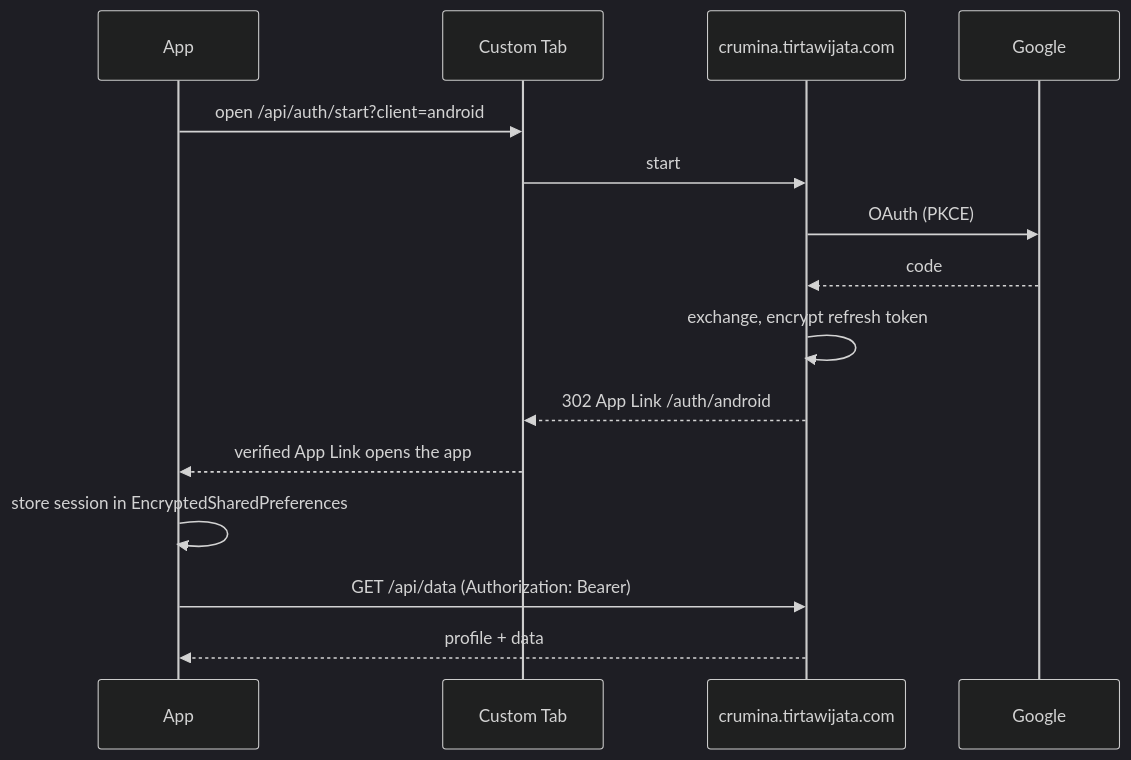
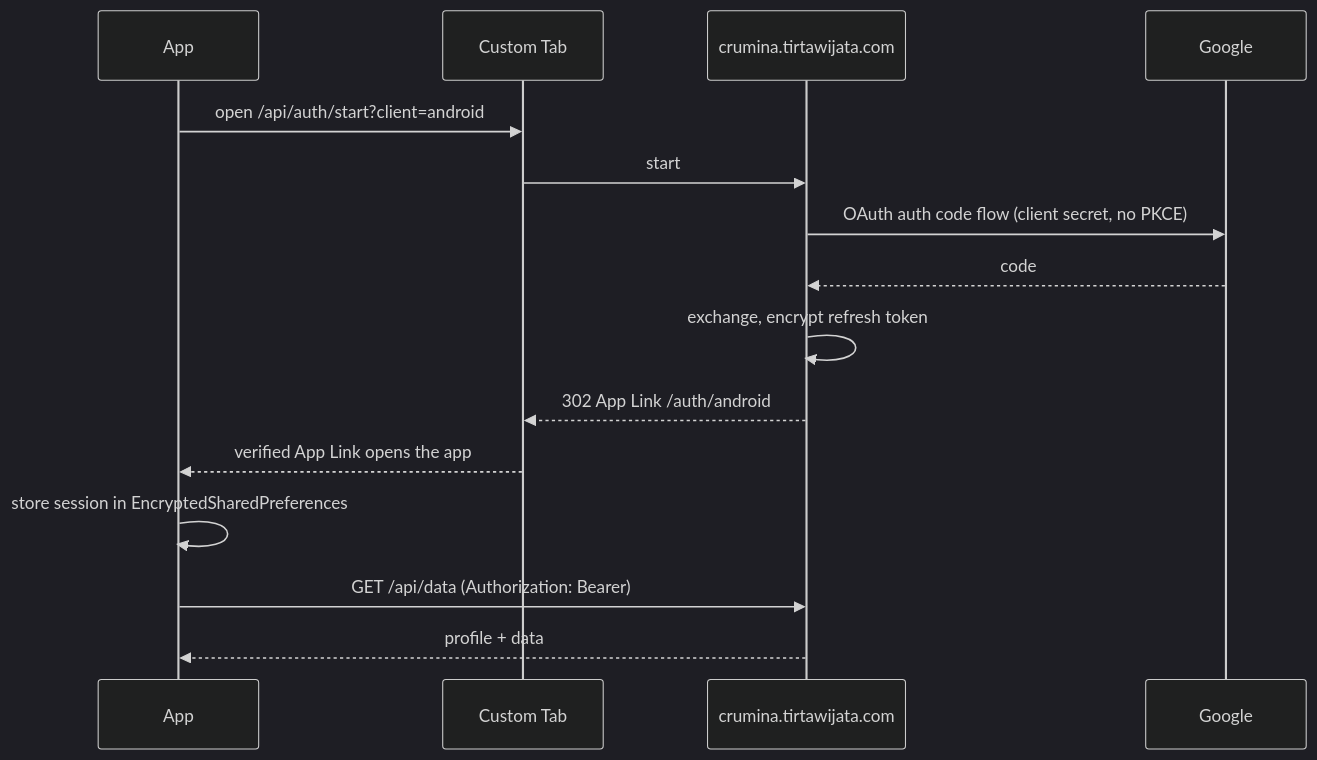
One commit to Marcel-Bonifacio/crumina-finance changed the second of 2 diagrams in docs/ANDROID.md. Above: the diagram before and after it, drawn with Mermaid (dark theme). The commit also changed other lines of this file and 17 other files, not shown here.

````diff
--- a/docs/ANDROID.md
+++ b/docs/ANDROID.md
@@ -75,17 +79,17 @@
 ```mermaid
 sequenceDiagram
     participant App
     participant Tab as Custom Tab
     participant API as crumina.tirtawijata.com
     participant G as Google
     App->>Tab: open /api/auth/start?client=android
     Tab->>API: start
-    API->>G: OAuth (PKCE)
+    API->>G: OAuth auth code flow (client secret, no PKCE)
     G-->>API: code
     API->>API: exchange, encrypt refresh token
     API-->>Tab: 302 App Link  /auth/android#t=...&rt=...
     Tab-->>App: verified App Link opens the app
     App->>App: store session in EncryptedSharedPreferences
     App->>API: GET /api/data  (Authorization: Bearer)
     API-->>App: profile + data
 ```
````
